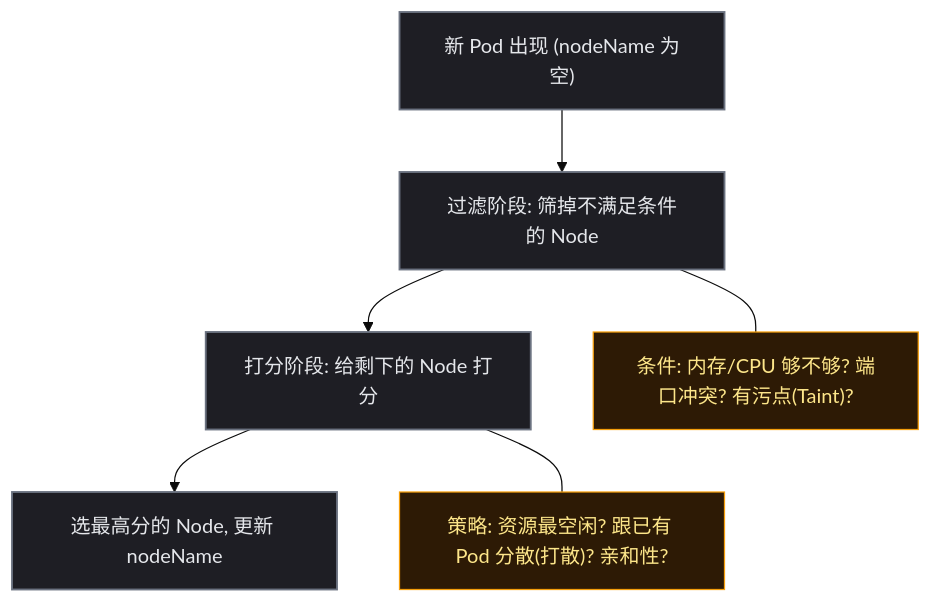
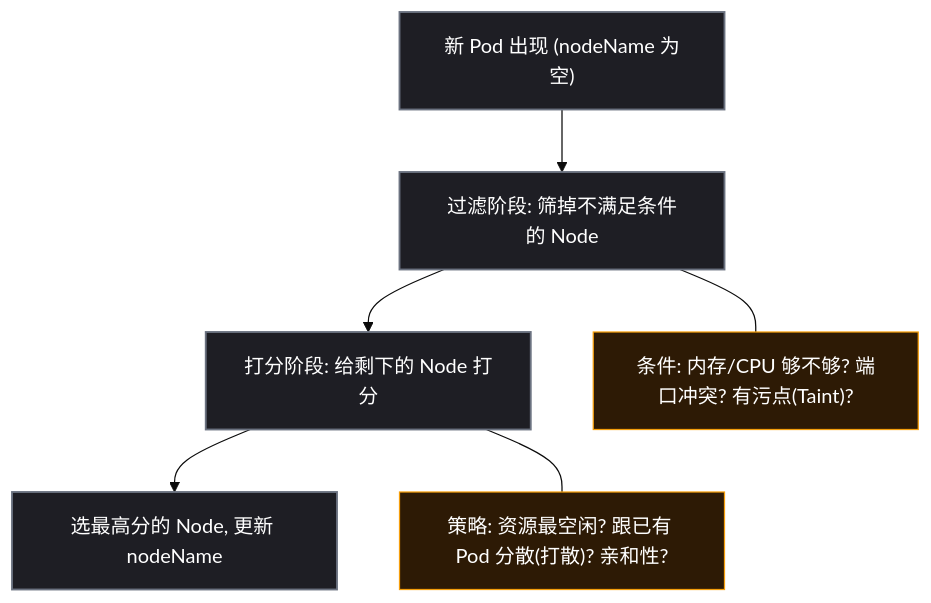
Before and after one commit to yaocat55/yaocat55.github.io: the third of 7 diagrams in content/posts/kubernetes/K8sFoundationConcepts.md, drawn with Mermaid (base theme). The commit also changed other lines of this file and 27 other files, not shown here.

Commit message:
docs: 全系列 93 张 Mermaid 图 classDef 改为 style 强制深底白字(修复部分渲染器白底浅字)+历史文件格式清理

````diff
--- a/content/posts/kubernetes/K8sFoundationConcepts.md
+++ b/content/posts/kubernetes/K8sFoundationConcepts.md
@@ -248,23 +236,23 @@
 ```mermaid
 flowchart TD
   A["新 Pod 出现 (nodeName 为空)"]
   B["过滤阶段: 筛掉不满足条件的 Node"]
   C["打分阶段: 给剩下的 Node 打分"]
   D["选最高分的 Node, 更新 nodeName"]
 
   A --> B
   B --> C
   C --> D
 
   B1["条件: 内存/CPU 够不够? 端口冲突? 有污点(Taint)?"]
   B --- B1
 
   C1["策略: 资源最空闲? 跟已有 Pod 分散(打散)? 亲和性?"]
   C --- C1
-
-classDef process fill:#1e1e24,stroke:#6b7280,stroke-width:1.5px,color:#e5e7eb;
-  class A,B,C,D process
-
-classDef note fill:#2d1a05,stroke:#f59e0b,stroke-width:1px,color:#fde68a;
-  class B1,C1 note
+    style A fill:#1e1e24,stroke:#6b7280,stroke-width:1.5px,color:#ffffff
+    style B fill:#1e1e24,stroke:#6b7280,stroke-width:1.5px,color:#ffffff
+    style C fill:#1e1e24,stroke:#6b7280,stroke-width:1.5px,color:#ffffff
+    style D fill:#1e1e24,stroke:#6b7280,stroke-width:1.5px,color:#ffffff
+    style B1 fill:#2d1a05,stroke:#f59e0b,stroke-width:1px,color:#ffffff
+    style C1 fill:#2d1a05,stroke:#f59e0b,stroke-width:1px,color:#ffffff
 ```
````
